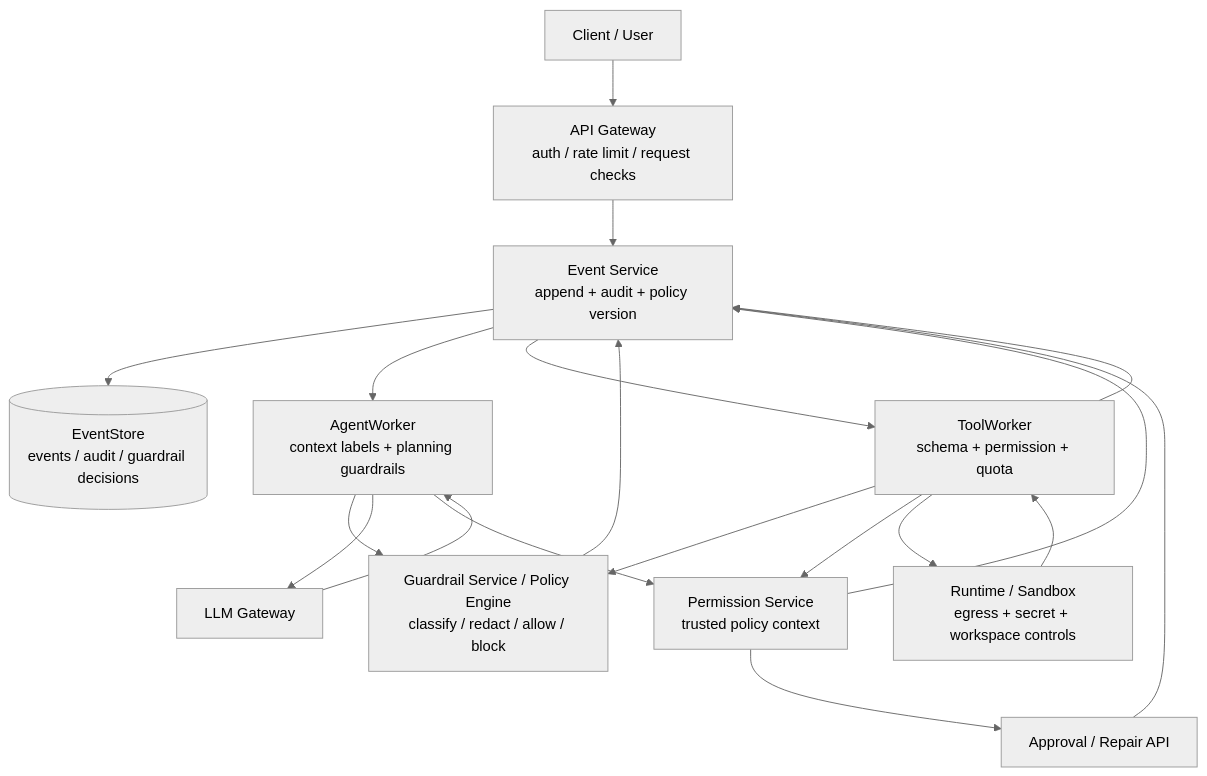
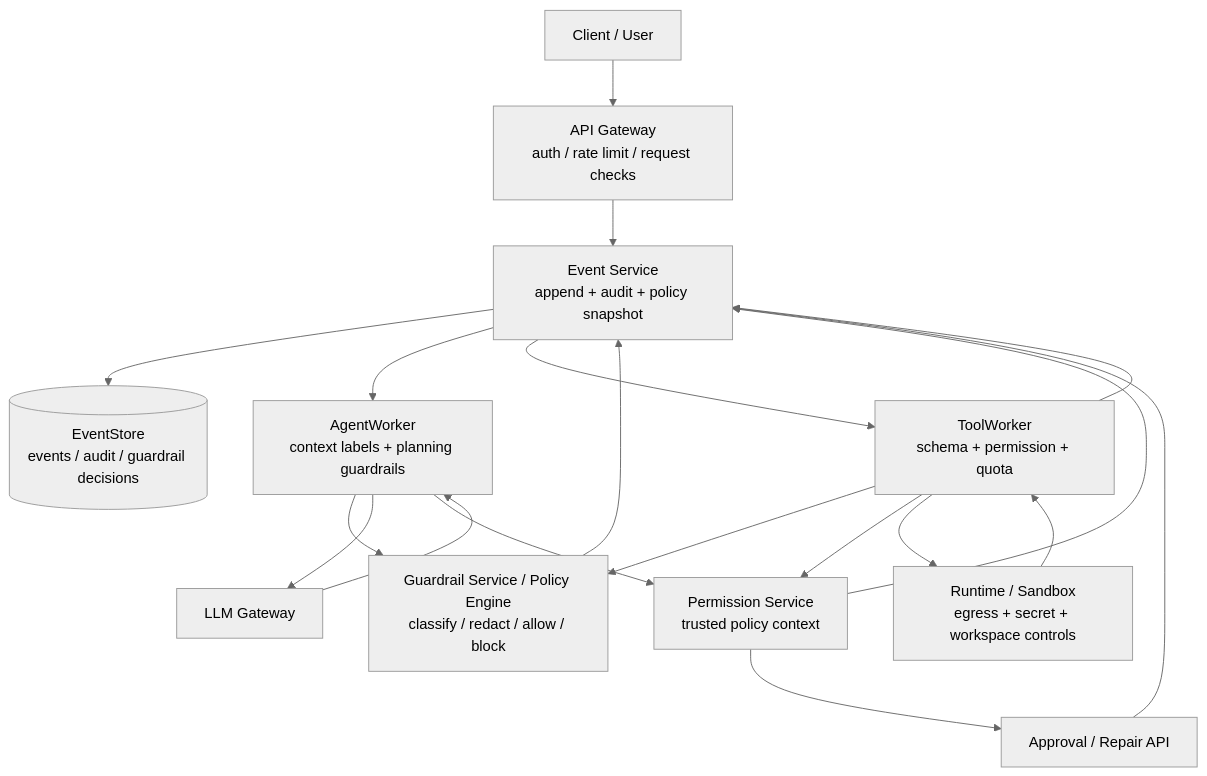
Before and after one commit to erweixin/langshift.dev: the diagram in docs/agent-safety-and-guardrails.md, drawn with Mermaid (neutral theme). The commit also changed other lines of this file and 12 other files, not shown here.

````diff
--- a/docs/agent-safety-and-guardrails.md
+++ b/docs/agent-safety-and-guardrails.md
@@ -64,31 +64,31 @@
 ```mermaid
 flowchart TD
   Client["Client / User"]
   Gateway["API Gateway<br/>auth / rate limit / request checks"]
-  EventService["Event Service<br/>append + audit + policy version"]
+  EventService["Event Service<br/>append + audit + policy snapshot"]
   AgentWorker["AgentWorker<br/>context labels + planning guardrails"]
   Guardrail["Guardrail Service / Policy Engine<br/>classify / redact / allow / block"]
   Permission["Permission Service<br/>trusted policy context"]
   LLM["LLM Gateway"]
   ToolWorker["ToolWorker<br/>schema + permission + quota"]
   Runtime["Runtime / Sandbox<br/>egress + secret + workspace controls"]
   Human["Approval / Repair API"]
   EventDB[("EventStore<br/>events / audit / guardrail decisions")]
 
   Client --> Gateway --> EventService --> EventDB
   EventService --> AgentWorker
   AgentWorker --> Guardrail
   AgentWorker --> LLM
   LLM --> AgentWorker
   AgentWorker --> Permission
   Permission --> EventService
   EventService --> ToolWorker
   ToolWorker --> Guardrail
   ToolWorker --> Permission
   ToolWorker --> Runtime
   Runtime --> ToolWorker
   ToolWorker --> EventService
   Guardrail --> EventService
   Permission --> Human
   Human --> EventService
 ```
````
